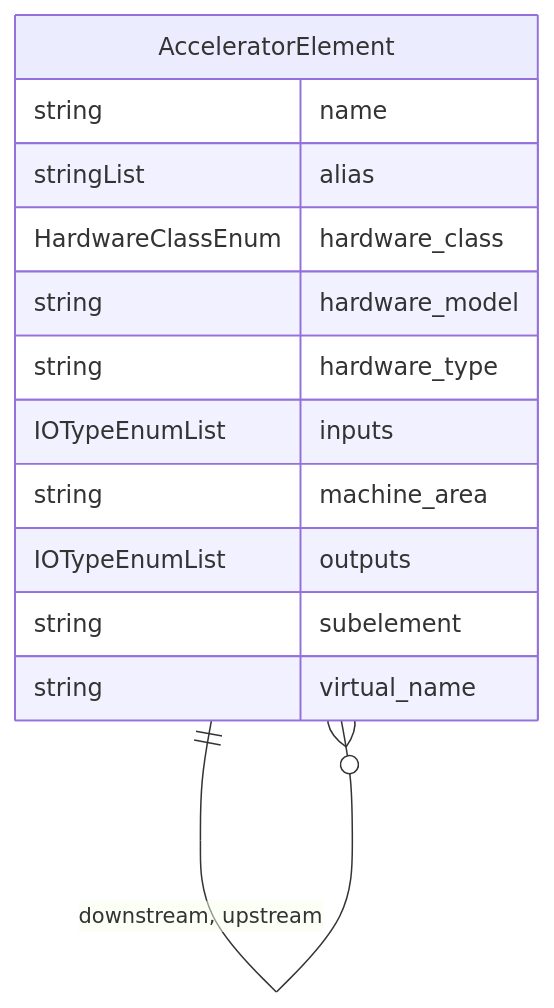
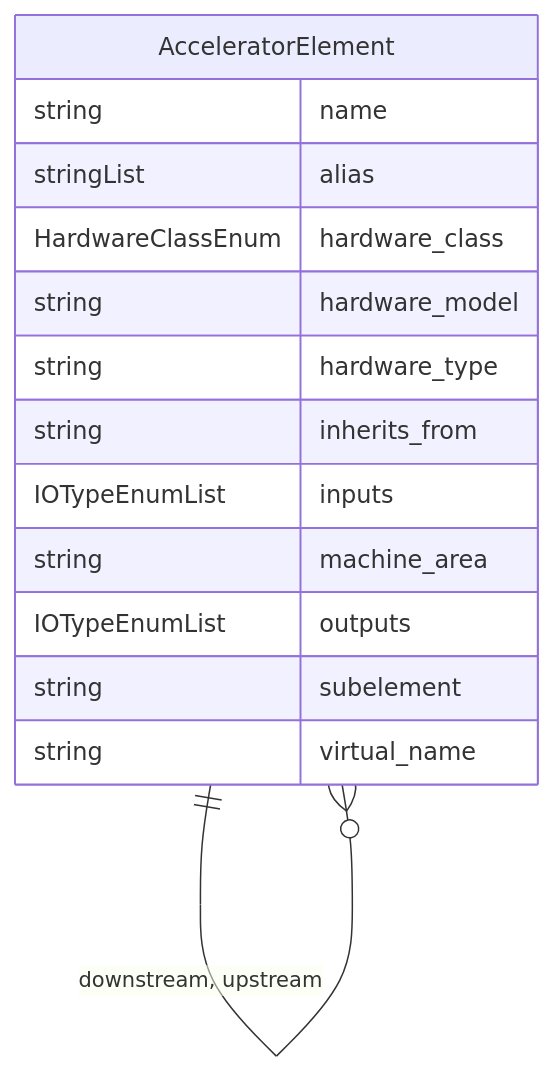
One commit to astec-stfc/laura changed the diagram in laura/schema/generated/element-er-auto.md. Above: the diagram before and after it, drawn with Mermaid. The commit also changed 824 other files, not shown here.

````diff
--- a/laura/schema/generated/element-er-auto.md
+++ b/laura/schema/generated/element-er-auto.md
@@ -1,18 +1,19 @@
 ```mermaid
 erDiagram
 AcceleratorElement {
     string name  
     stringList alias  
     HardwareClassEnum hardware_class  
     string hardware_model  
     string hardware_type  
+    string inherits_from  
     IOTypeEnumList inputs  
     string machine_area  
     IOTypeEnumList outputs  
     string subelement  
     string virtual_name  
 }
 
 AcceleratorElement ||--}o AcceleratorElement : "downstream, upstream"
 
 ```
````
